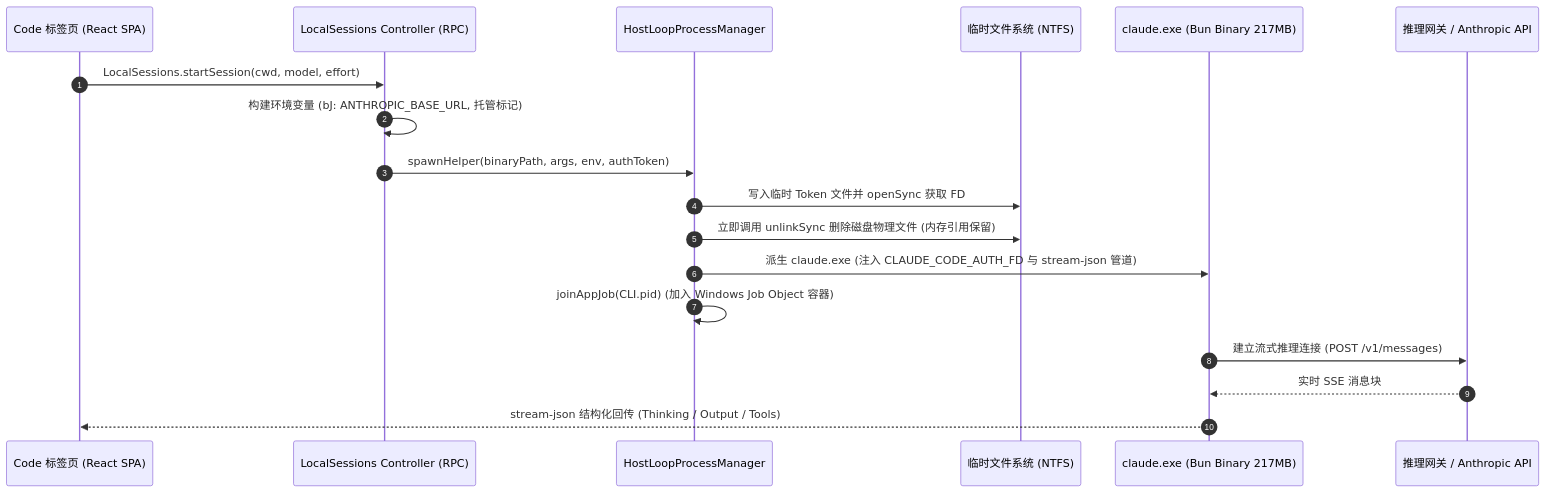
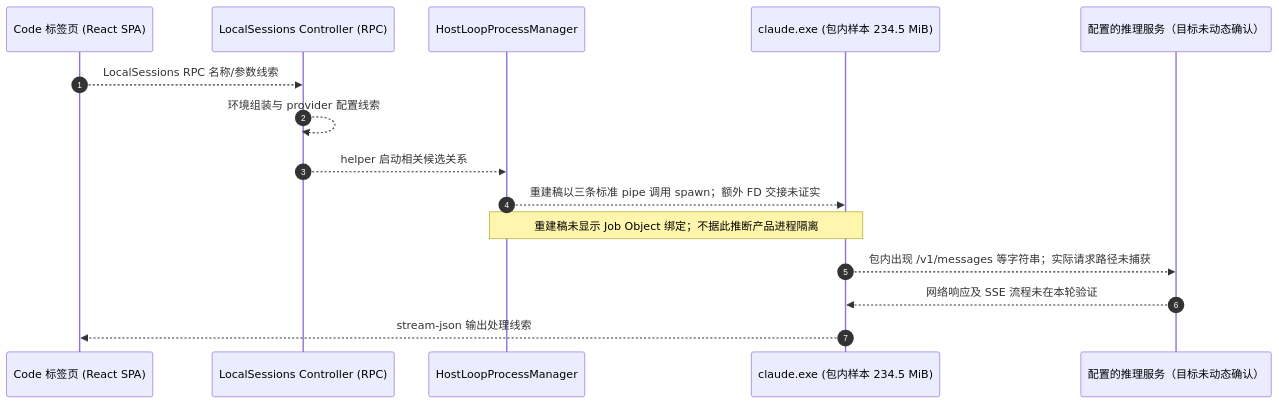
The second of 2 diagrams in README.md (tyloryang/claude-code-desktop-reverse-analyse), drawn with Mermaid before and after one commit. The commit also changed other lines of this file and 17 other files, not shown here.

````diff
--- a/README.md
+++ b/README.md
@@ -118,21 +116,18 @@
 ```mermaid
 sequenceDiagram
     autonumber
     participant UI as Code 标签页 (React SPA)
     participant IPC as LocalSessions Controller (RPC)
     participant HL as HostLoopProcessManager
-    participant FS as 临时文件系统 (NTFS)
-    participant CLI as claude.exe (Bun Binary 217MB)
-    participant API as 推理网关 / Anthropic API
+    participant CLI as claude.exe (包内样本 234.5 MiB)
+    participant API as 配置的推理服务（目标未动态确认）
 
-    UI->>IPC: LocalSessions.startSession(cwd, model, effort)
-    IPC->>IPC: 构建环境变量 (bJ: ANTHROPIC_BASE_URL, 托管标记)
-    IPC->>HL: spawnHelper(binaryPath, args, env, authToken)
-    HL->>FS: 写入临时 Token 文件并 openSync 获取 FD
-    HL->>FS: 立即调用 unlinkSync 删除磁盘物理文件 (内存引用保留)
-    HL->>CLI: 派生 claude.exe (注入 CLAUDE_CODE_AUTH_FD 与 stream-json 管道)
-    HL->>HL: joinAppJob(CLI.pid) (加入 Windows Job Object 容器)
-    CLI->>API: 建立流式推理连接 (POST /v1/messages)
-    API-->>CLI: 实时 SSE 消息块
-    CLI-->>UI: stream-json 结构化回传 (Thinking / Output / Tools)
+    UI-->>IPC: LocalSessions RPC 名称/参数线索
+    IPC-->>IPC: 环境组装与 provider 配置线索
+    IPC-->>HL: helper 启动相关候选关系
+    HL-->>CLI: 重建稿以三条标准 pipe 调用 spawn；额外 FD 交接未证实
+    Note over HL,CLI: 重建稿未显示 Job Object 绑定；不据此推断产品进程隔离
+    CLI-->>API: 包内出现 /v1/messages 等字符串；实际请求路径未捕获
+    API-->>CLI: 网络响应及 SSE 流程未在本轮验证
+    CLI-->>UI: stream-json 输出处理线索
 ```
````
